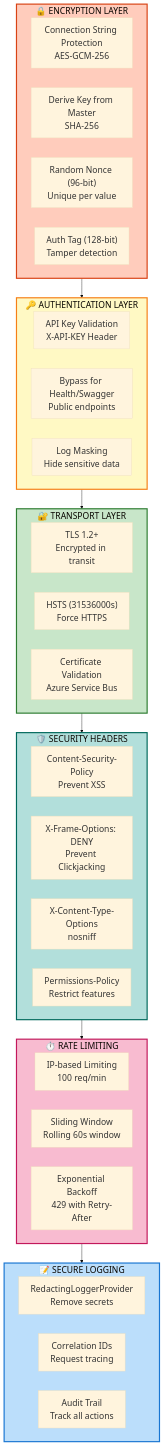
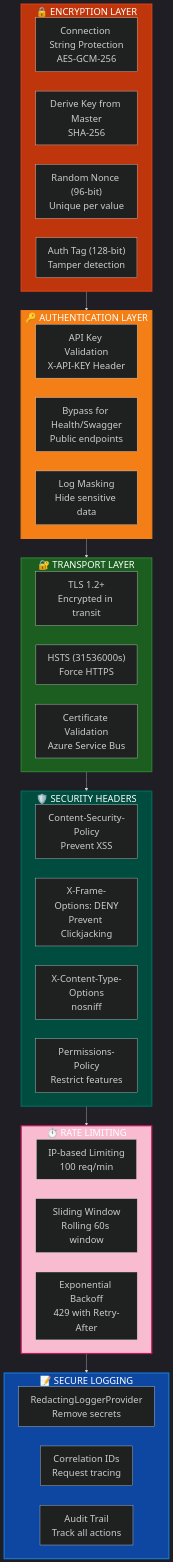
The sixth of 12 diagrams in services/api/ARCHITECTURE.md (debdevops/servicehub), drawn with Mermaid before and after one commit. The commit also changed other lines of this file, not shown here.

Commit message:
Update Text and foreground color

````diff
--- a/services/api/ARCHITECTURE.md
+++ b/services/api/ARCHITECTURE.md
@@ -328,54 +349,54 @@
 ```mermaid
-%%{init: {'theme':'base', 'themeVariables': { 'fontSize':'22px'}}}%%
+%%{init: {'theme':'dark', 'themeVariables': { 'fontSize':'24px', 'primaryTextColor':'#ffffff'}}}%%
 graph TB
     subgraph Encryption["🔒 ENCRYPTION LAYER"]
         CONNSTR["Connection String Protection<br/>AES-GCM-256"]
         PRIVKEY["Derive Key from Master<br/>SHA-256"]
         NONCE["Random Nonce (96-bit)<br/>Unique per value"]
         TAG["Auth Tag (128-bit)<br/>Tamper detection"]
     end
 
     subgraph Authentication["🔑 AUTHENTICATION LAYER"]
         APIKEY["API Key Validation<br/>X-API-KEY Header"]
         BYPASS["Bypass for Health/Swagger<br/>Public endpoints"]
         LOG_MASKING["Log Masking<br/>Hide sensitive data"]
     end
 
     subgraph Transport["🔐 TRANSPORT LAYER"]
         TLS["TLS 1.2+<br/>Encrypted in transit"]
         HSTS["HSTS (31536000s)<br/>Force HTTPS"]
         CERT["Certificate Validation<br/>Azure Service Bus"]
     end
 
     subgraph Headers["🛡️ SECURITY HEADERS"]
         CSP["Content-Security-Policy<br/>Prevent XSS"]
         FRAME["X-Frame-Options: DENY<br/>Prevent Clickjacking"]
         XCT["X-Content-Type-Options<br/>nosniff"]
         PERM["Permissions-Policy<br/>Restrict features"]
     end
 
     subgraph RateLimit["⏱️ RATE LIMITING"]
         IP_LIMIT["IP-based Limiting<br/>100 req/min"]
         SLIDING["Sliding Window<br/>Rolling 60s window"]
         BACKOFF["Exponential Backoff<br/>429 with Retry-After"]
     end
 
     subgraph Logging["📝 SECURE LOGGING"]
         REDACT["RedactingLoggerProvider<br/>Remove secrets"]
         CORRELA["Correlation IDs<br/>Request tracing"]
         AUDIT["Audit Trail<br/>Track all actions"]
     end
 
     Encryption --> Authentication
     Authentication --> Transport
     Transport --> Headers
     Headers --> RateLimit
     RateLimit --> Logging
 
-    style Encryption fill:#ffccbc,stroke:#d84315,stroke-width:3px
-    style Authentication fill:#fff9c4,stroke:#f57f17,stroke-width:3px
-    style Transport fill:#c8e6c9,stroke:#2e7d32,stroke-width:3px
-    style Headers fill:#b2dfdb,stroke:#00695c,stroke-width:3px
-    style RateLimit fill:#f8bbd0,stroke:#c2185b,stroke-width:3px
-    style Logging fill:#bbdefb,stroke:#1976d2,stroke-width:3px
+    style Encryption fill:#bf360c,stroke:#d84315,stroke-width:3px,color:#fff
+    style Authentication fill:#f57f17,stroke:#f57f17,stroke-width:3px,color:#fff
+    style Transport fill:#1b5e20,stroke:#2e7d32,stroke-width:3px,color:#fff
+    style Headers fill:#004d40,stroke:#00695c,stroke-width:3px,color:#fff
+    style RateLimit fill:#f8bbd0,stroke:#c2185b,stroke-width:3px,color:#fff
+    style Logging fill:#0d47a1,stroke:#1976d2,stroke-width:3px,color:#fff
 ```
````
